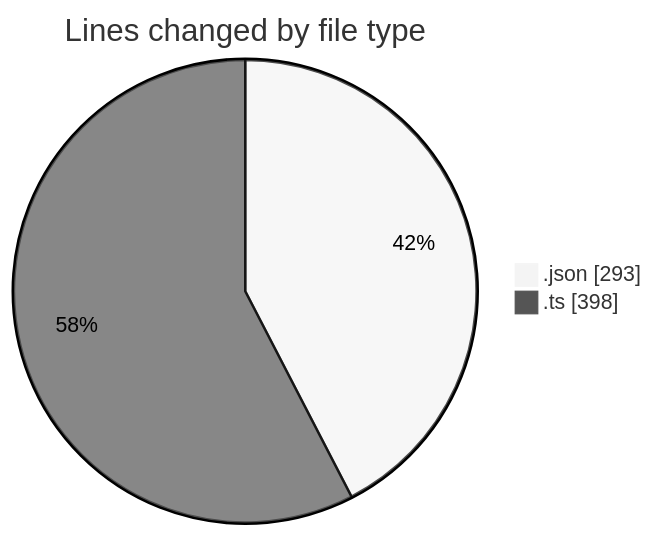
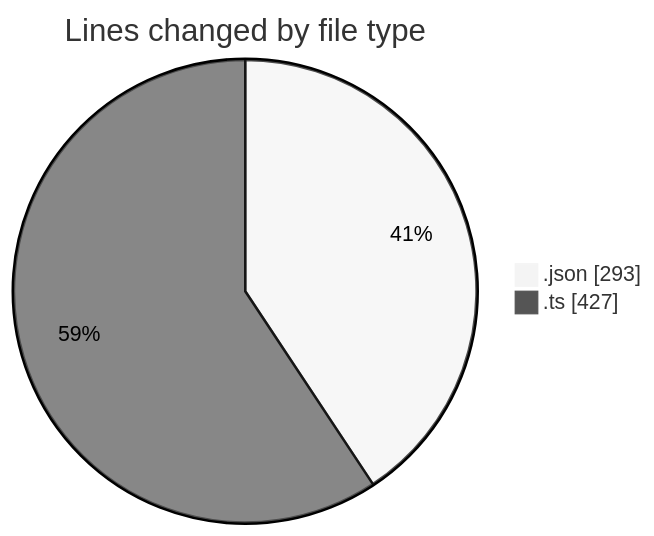
The first of 2 diagrams in 2025-07-11/macrowhisper/README.md (EIIisD/code-tracking), drawn with Mermaid (neutral theme) before and after one commit. The commit also changed other lines of this file and 1 other file, not shown here.

````diff
--- a/2025-07-11/macrowhisper/README.md
+++ b/2025-07-11/macrowhisper/README.md
@@ -23,6 +23,6 @@
 ```mermaid
 pie showData
 title Lines changed by file type
 ".json" : 293
-".ts" : 398
+".ts" : 427
 ```
````
